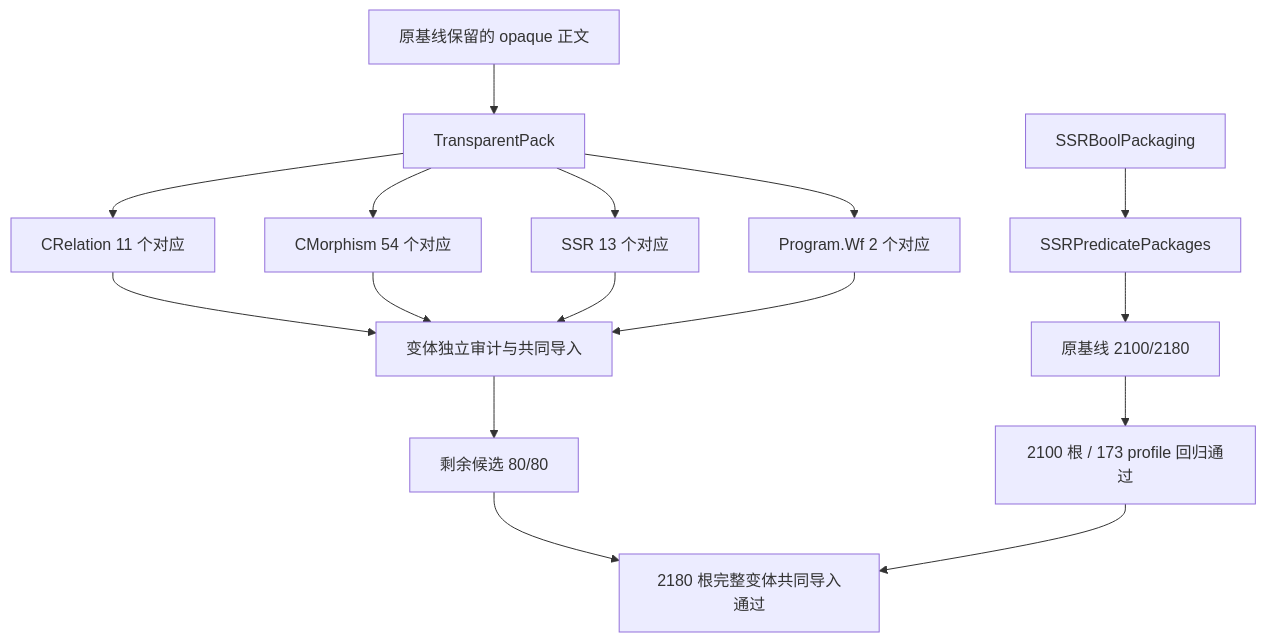
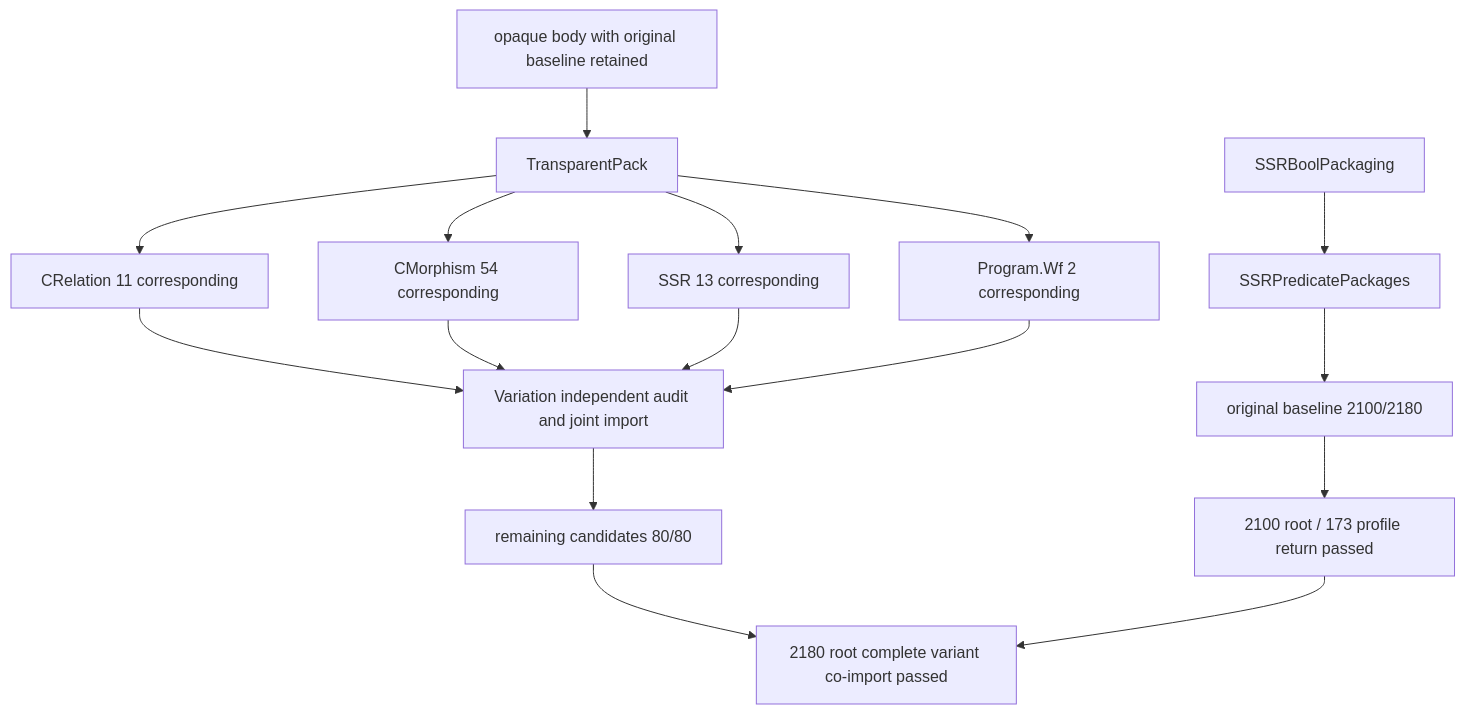
Before and after one commit to jackooo-dddd/rocq-core: diagram 26 of 26 in experiments/incremental-correspondence-20261019/DAG.md, drawn with Mermaid. The commit also changed other lines of this file and 701 other files, not shown here.

```diff
--- a/experiments/incremental-correspondence-20261019/DAG.md
+++ b/experiments/incremental-correspondence-20261019/DAG.md
@@ -675,18 +675,18 @@
 ~~~mermaid
 flowchart TD
  SSRBoolPackaging --> SSRPredicatePackages
- SSRPredicatePackages --> Frozen2100[原基线 2100/2180]
- Retained[原基线保留的 opaque 正文] --> TransparentPack
- TransparentPack --> CRelationVariant[CRelation 11 个对应]
- TransparentPack --> CMorphismVariant[CMorphism 54 个对应]
- CRelationVariant --> VariantAudit[变体独立审计与共同导入]
+ SSRPredicatePackages --> Frozen2100[original baseline 2100/2180]
+ Retained[opaque body with original baseline retained] --> TransparentPack
+ TransparentPack --> CRelationVariant[CRelation 11 corresponding]
+ TransparentPack --> CMorphismVariant[CMorphism 54 corresponding]
+ CRelationVariant --> VariantAudit[Variation independent audit and joint import]
  CMorphismVariant --> VariantAudit
- TransparentPack --> SSRVariant[SSR 13 个对应]
- TransparentPack --> ProgramWfVariant[Program.Wf 2 个对应]
+ TransparentPack --> SSRVariant[SSR 13 corresponding]
+ TransparentPack --> ProgramWfVariant[Program.Wf 2 corresponding]
  SSRVariant --> VariantAudit
  ProgramWfVariant --> VariantAudit
- VariantAudit --> Variant80[剩余候选 80/80]
- Frozen2100 --> Recheck[2100 根 / 173 profile 回归通过]
- Variant80 --> Combined[2180 根完整变体共同导入通过]
+ VariantAudit --> Variant80[remaining candidates 80/80]
+ Frozen2100 --> Recheck[2100 root / 173 profile return passed]
+ Variant80 --> Combined[2180 root complete variant co-import passed]
  Recheck --> Combined
 ~~~
```
